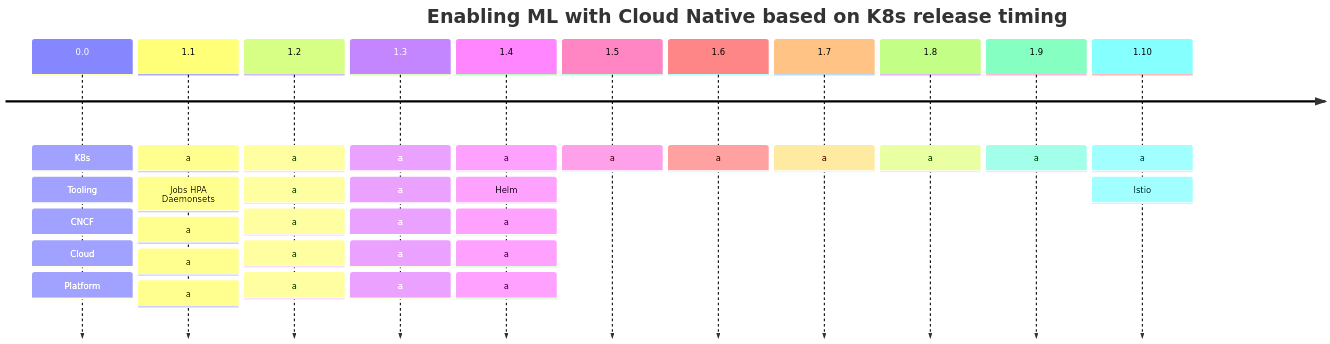
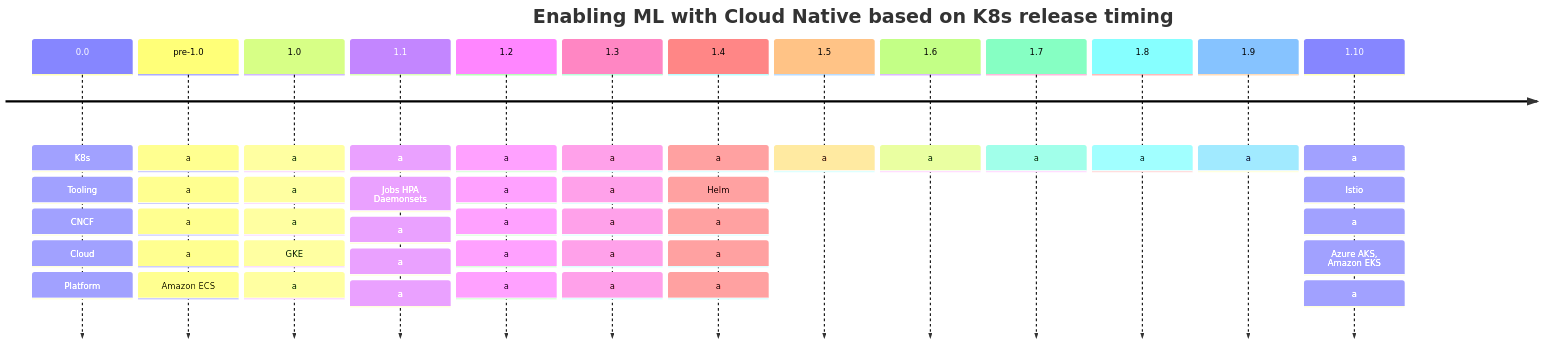
One commit to ronaldpetty/timeline changed the diagram in k8s_ml_history.md. Above: the diagram before and after it, drawn with Mermaid.

````diff
--- a/k8s_ml_history.md
+++ b/k8s_ml_history.md
@@ -1,37 +1,50 @@
 ```mermaid
 timeline
     title Enabling ML with Cloud Native based on K8s release timing
     0.0 : K8s
         : Tooling
         : CNCF
         : Cloud
         : Platform
+    pre-1.0 : a
+        : a
+        : a
+        : a
+        : Amazon ECS
+    1.0 : a
+        : a
+        : a
+        : GKE
+        : a      
     1.1 : a
         : Jobs HPA Daemonsets
         : a
         : a
         : a
     1.2 : a
         : a
         : a
         : a
         :  a
     1.3 : a
         : a
         : a
         : a
         :  a
     1.4 : a
         : Helm
         : a
         : a
         :  a
     1.5 : a
     1.6 : a
     1.7 : a
     1.8 : a
     1.9 : a
     1.10 : a
          : Istio
+         : a
+         : Azure AKS, Amazon EKS
+         : a
 
 ```
````
